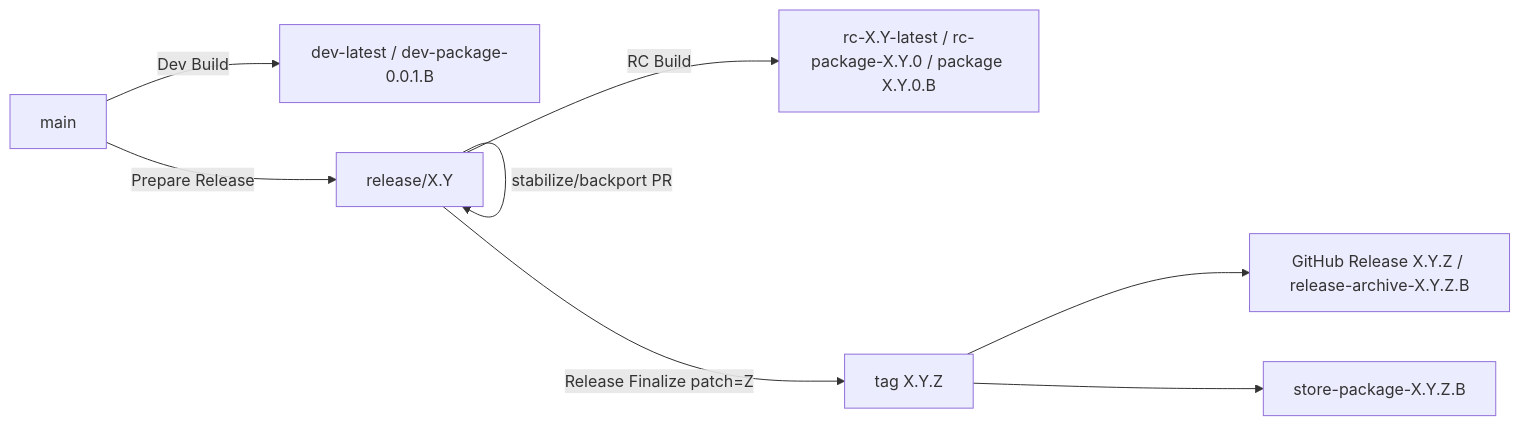
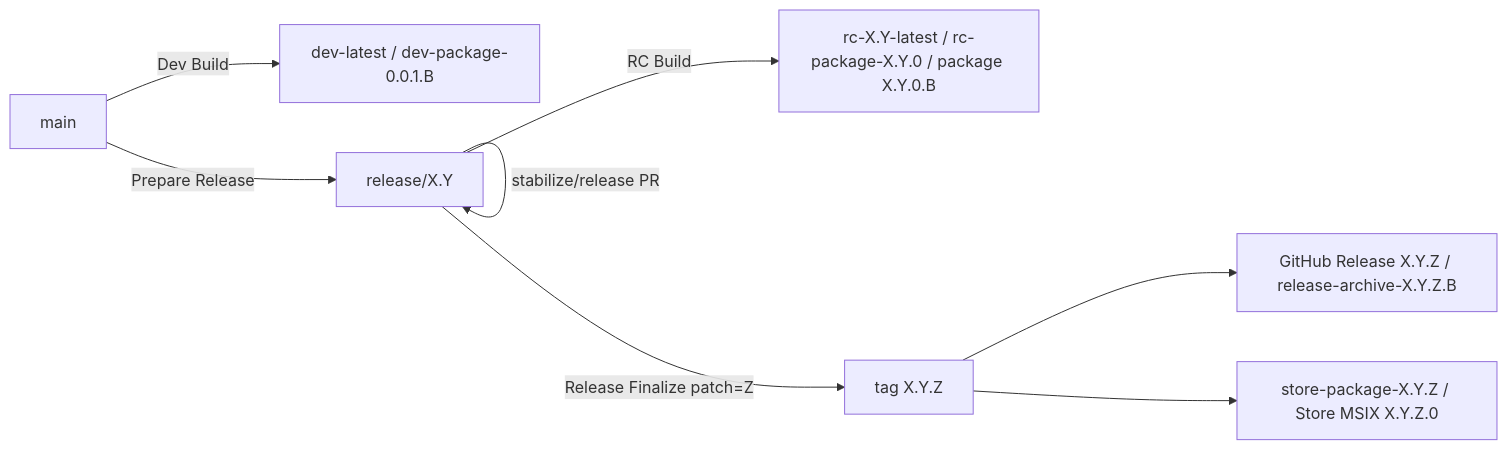
One commit to tnagata012/ClipSave changed the diagram in docs/release/ReleaseProcess.md. Above: the diagram before and after it, drawn with Mermaid. The commit also changed other lines of this file and 9 other files, not shown here.

````diff
--- a/docs/release/ReleaseProcess.md
+++ b/docs/release/ReleaseProcess.md
@@ -28,10 +28,10 @@
 ```mermaid
 flowchart LR
   main[main] -->|Dev Build| dev[dev-latest / dev-package-0.0.1.B]
   main -->|Prepare Release| release[release/X.Y]
   release -->|RC Build| rc[rc-X.Y-latest / rc-package-X.Y.0 / package X.Y.0.B]
-  release -->|stabilize/backport PR| release
+  release -->|stabilize/release PR| release
   release -->|Release Finalize patch=Z| tag[tag X.Y.Z]
   tag --> archive[GitHub Release X.Y.Z / release-archive-X.Y.Z.B]
-  tag --> store[store-package-X.Y.Z.B]
+  tag --> store[store-package-X.Y.Z / Store MSIX X.Y.Z.0]
 ```
````
